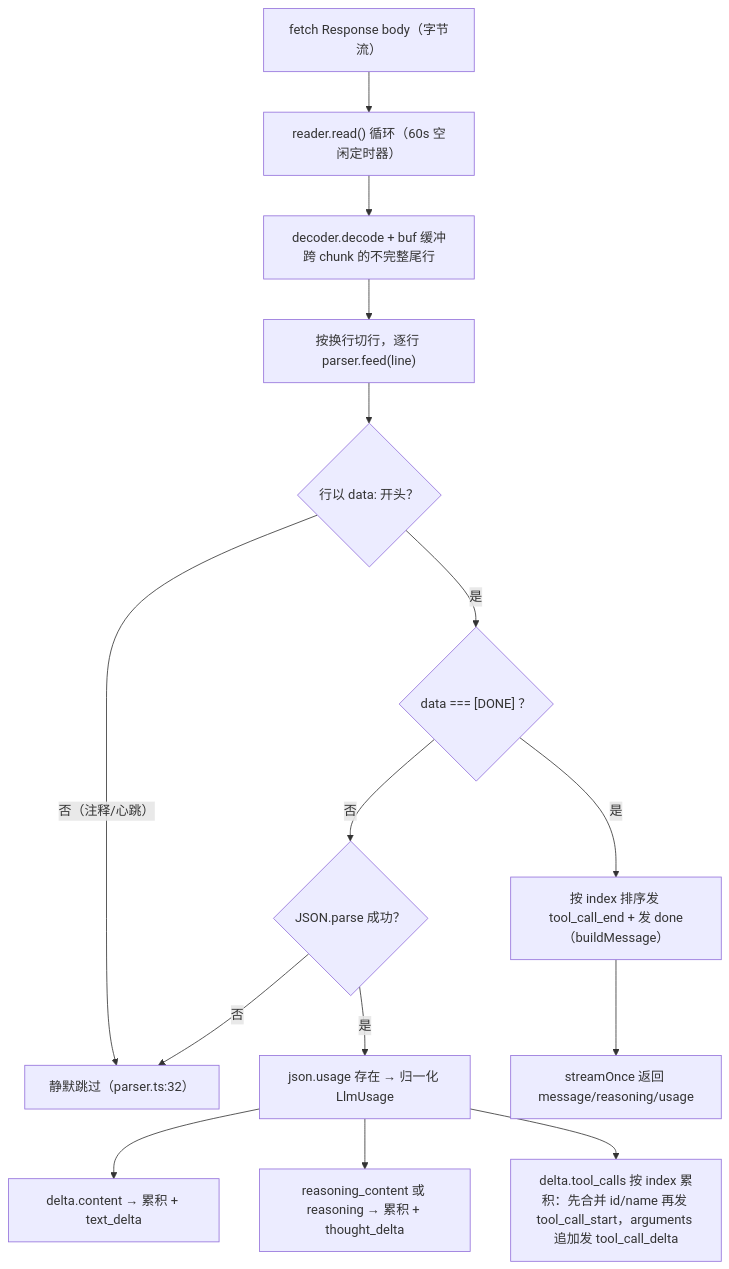
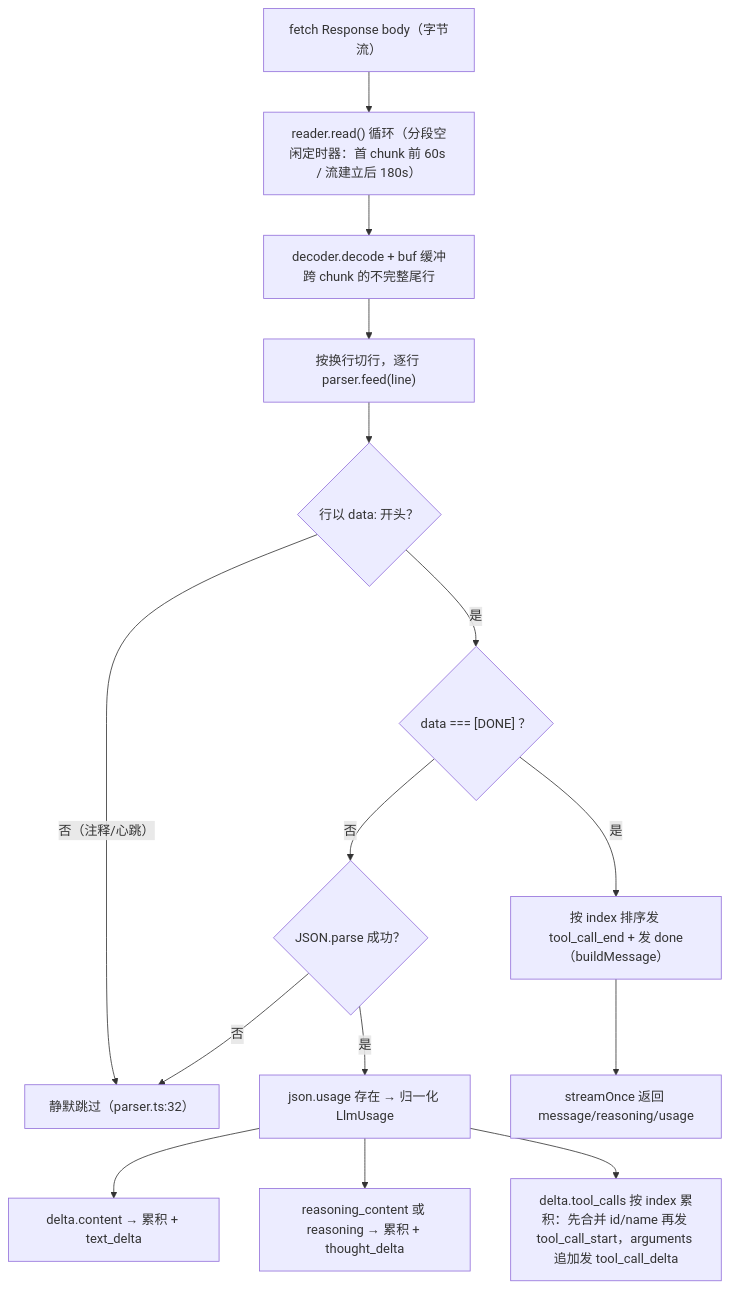
The second of 3 diagrams in docs/versions/0.2/02-设计实现/03-LLM接入层.md (Doggez1G/DogEggAgent), drawn with Mermaid before and after one commit. The commit also changed other lines of this file and 10 other files, not shown here.

````diff
--- a/docs/versions/0.2/02-设计实现/03-LLM接入层.md
+++ b/docs/versions/0.2/02-设计实现/03-LLM接入层.md
@@ -190,17 +190,17 @@
 ```mermaid
 flowchart TD
-  A["fetch Response body（字节流）"] --> B["reader.read() 循环（60s 空闲定时器）"]
+  A["fetch Response body（字节流）"] --> B["reader.read() 循环（分段空闲定时器：首 chunk 前 60s / 流建立后 180s）"]
   B --> C["decoder.decode + buf 缓冲跨 chunk 的不完整尾行"]
   C --> D["按换行切行，逐行 parser.feed(line)"]
   D --> E{"行以 data: 开头？"}
   E -- "否（注释/心跳）" --> F["静默跳过（parser.ts:32）"]
   E -- "是" --> G{"data === [DONE] ？"}
   G -- "是" --> H["按 index 排序发 tool_call_end + 发 done（buildMessage）"]
   G -- "否" --> I{"JSON.parse 成功？"}
   I -- "否" --> F
   I -- "是" --> J["json.usage 存在 → 归一化 LlmUsage"]
   J --> K["delta.content → 累积 + text_delta"]
   J --> L["reasoning_content 或 reasoning → 累积 + thought_delta"]
   J --> M["delta.tool_calls 按 index 累积：先合并 id/name 再发 tool_call_start，arguments 追加发 tool_call_delta"]
   H --> N["streamOnce 返回 message/reasoning/usage"]
 ```
````
